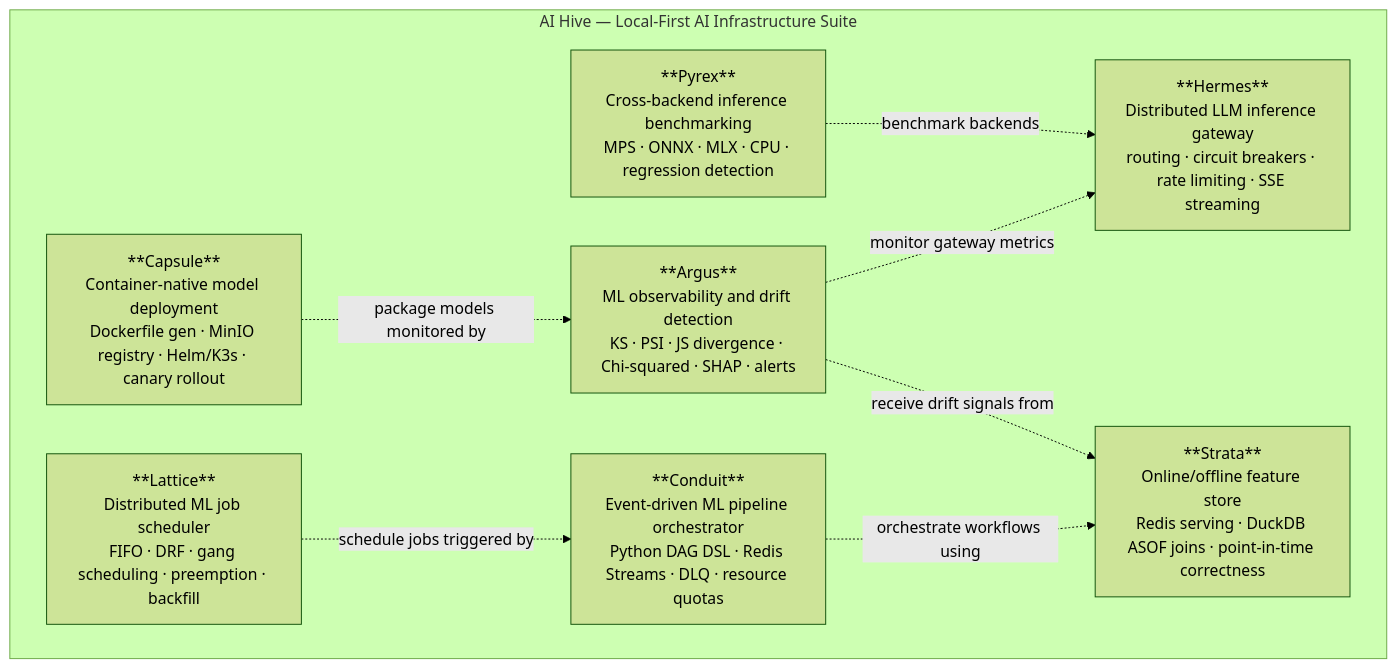
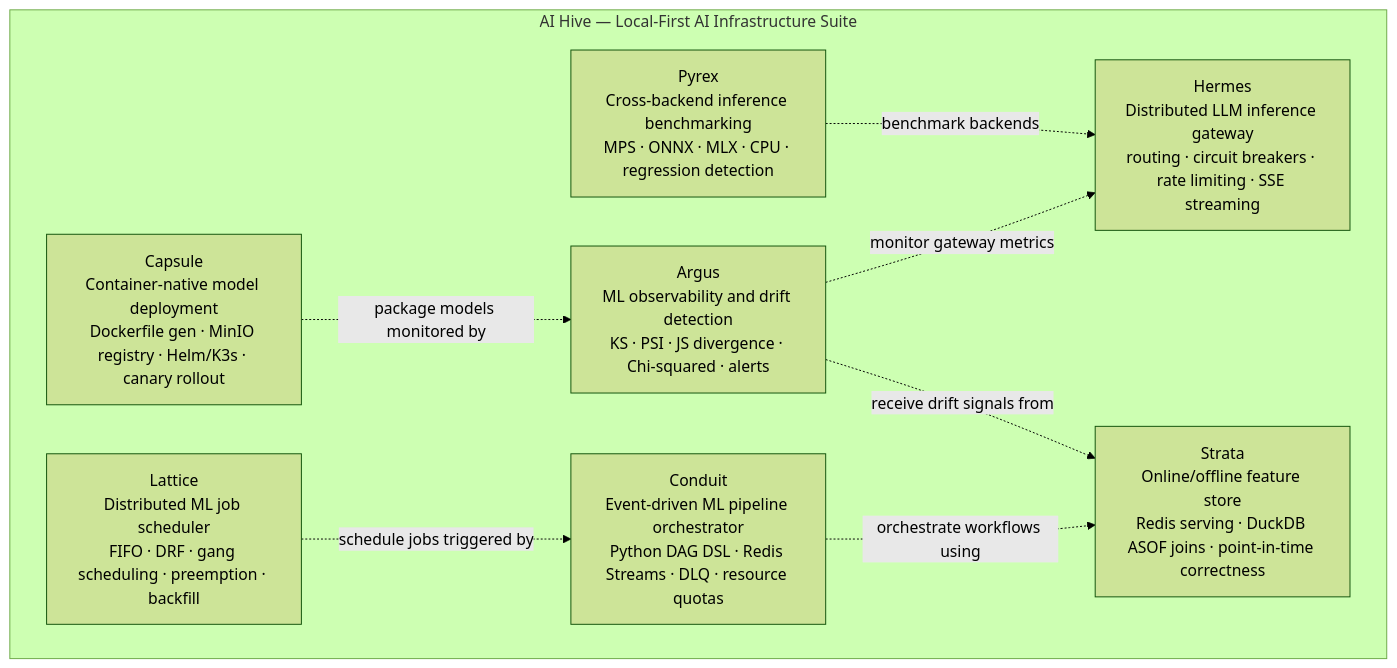
The second of 2 diagrams in README.md (Gopal-Singh-Subramani-Singh/ai-hive), drawn with Mermaid (forest theme) before and after one commit. The commit also changed other lines of this file, not shown here.

````diff
--- a/README.md
+++ b/README.md
@@ -49,19 +76,19 @@
 ```mermaid
 flowchart TD
     subgraph AIHIVE [AI Hive — Local-First AI Infrastructure Suite]
-        H["**Hermes**\nDistributed LLM inference gateway\nrouting · circuit breakers · rate limiting · SSE streaming"]
-        AR["**Argus**\nML observability and drift detection\nKS · PSI · JS divergence · Chi-squared · SHAP · alerts"]
-        PY["**Pyrex**\nCross-backend inference benchmarking\nMPS · ONNX · MLX · CPU · regression detection"]
-        ST["**Strata**\nOnline/offline feature store\nRedis serving · DuckDB ASOF joins · point-in-time correctness"]
-        CO["**Conduit**\nEvent-driven ML pipeline orchestrator\nPython DAG DSL · Redis Streams · DLQ · resource quotas"]
-        CA["**Capsule**\nContainer-native model deployment\nDockerfile gen · MinIO registry · Helm/K3s · canary rollout"]
-        LA["**Lattice**\nDistributed ML job scheduler\nFIFO · DRF · gang scheduling · preemption · backfill"]
+        H["Hermes<br/>Distributed LLM inference gateway<br/>routing · circuit breakers · rate limiting · SSE streaming"]
+        AR["Argus<br/>ML observability and drift detection<br/>KS · PSI · JS divergence · Chi-squared · alerts"]
+        PY["Pyrex<br/>Cross-backend inference benchmarking<br/>MPS · ONNX · MLX · CPU · regression detection"]
+        ST["Strata<br/>Online/offline feature store<br/>Redis serving · DuckDB ASOF joins · point-in-time correctness"]
+        CO["Conduit<br/>Event-driven ML pipeline orchestrator<br/>Python DAG DSL · Redis Streams · DLQ · resource quotas"]
+        CA["Capsule<br/>Container-native model deployment<br/>Dockerfile gen · MinIO registry · Helm/K3s · canary rollout"]
+        LA["Lattice<br/>Distributed ML job scheduler<br/>FIFO · DRF · gang scheduling · preemption · backfill"]
     end
 
     AR -.->|monitor gateway metrics| H
     PY -.->|benchmark backends| H
     CA -.->|package models monitored by| AR
     CO -.->|orchestrate workflows using| ST
     LA -.->|schedule jobs triggered by| CO
     AR -.->|receive drift signals from| ST
 ```
````
